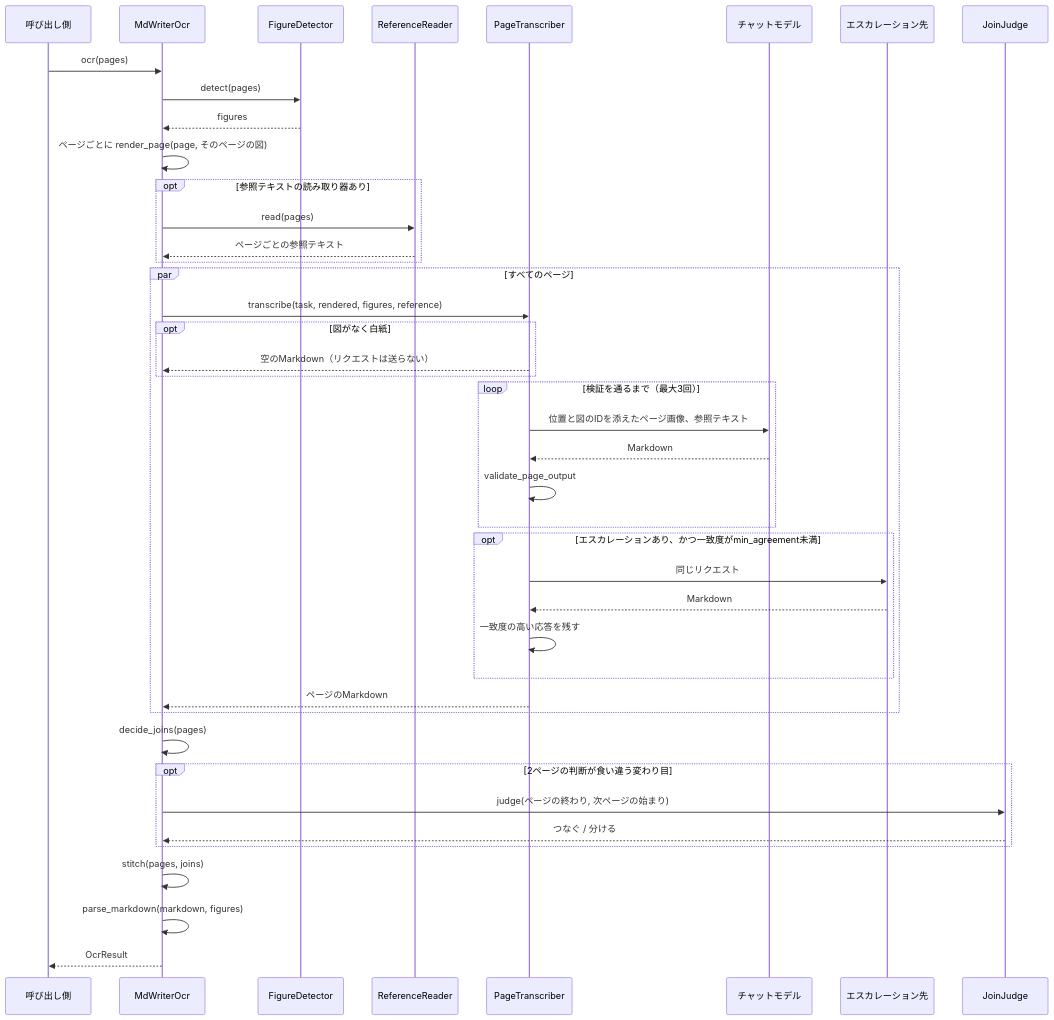
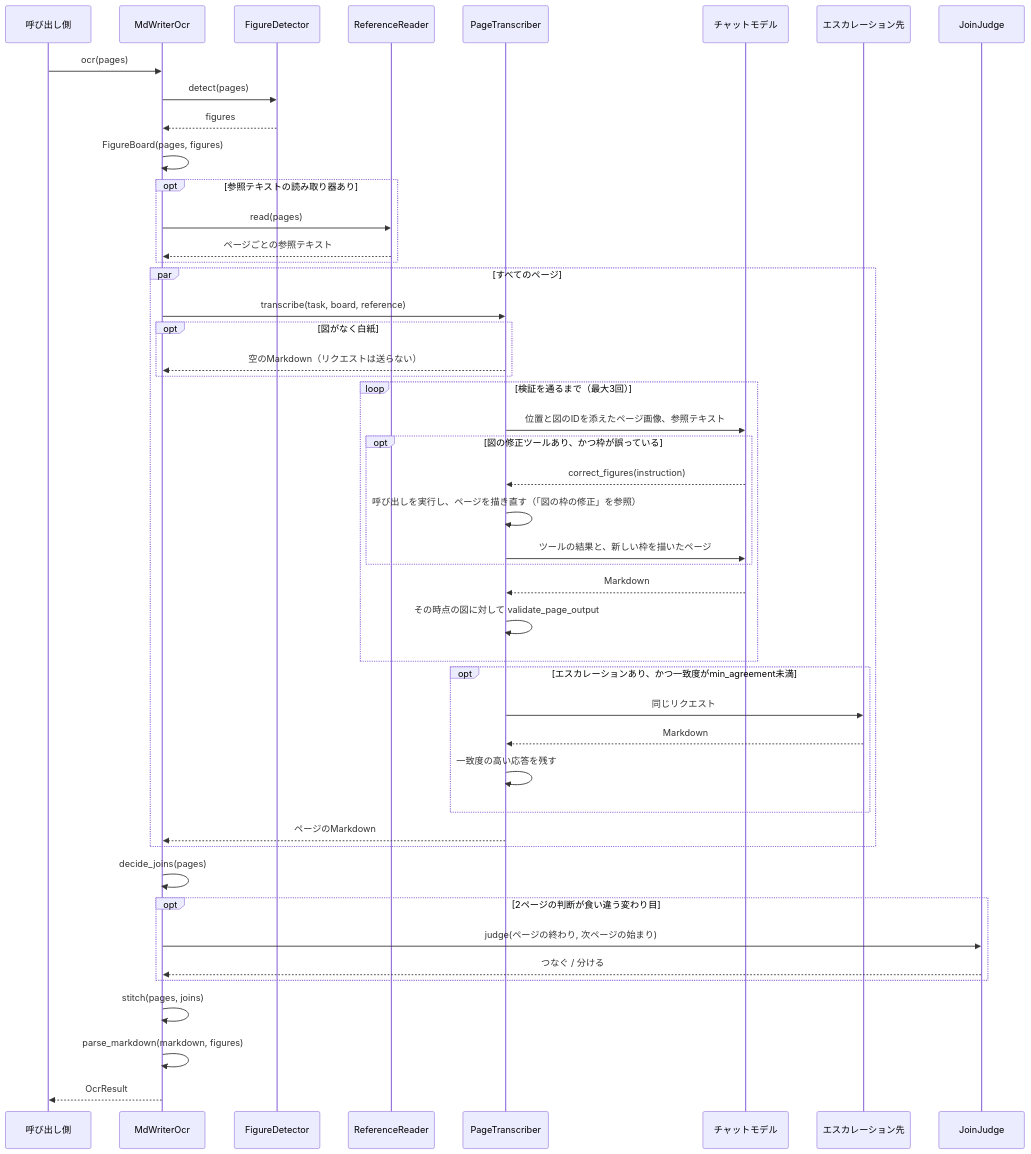
The fourth of 4 diagrams in Uploader/OcrModule/MdWriter/Docs/MdWriterOcr.ja.md (konbraphat51/SuperSuat), drawn with Mermaid before and after one commit. The commit also changed other lines of this file and 3 other files, not shown here.

Commit message:
docs: describe the figure correction and the FigureBoard, with class and sequence diagrams

````diff
--- a/Uploader/OcrModule/MdWriter/Docs/MdWriterOcr.ja.md
+++ b/Uploader/OcrModule/MdWriter/Docs/MdWriterOcr.ja.md
@@ -224,44 +315,49 @@
 ```mermaid
 sequenceDiagram
     participant Caller as 呼び出し側
     participant L as MdWriterOcr
     participant D as FigureDetector
     participant X as ReferenceReader
     participant T as PageTranscriber
     participant M as チャットモデル
     participant E as エスカレーション先
     participant J as JoinJudge
     Caller->>L: ocr(pages)
     L->>D: detect(pages)
     D-->>L: figures
-    L->>L: ページごとに render_page(page, そのページの図)
+    L->>L: FigureBoard(pages, figures)
     opt 参照テキストの読み取り器あり
         L->>X: read(pages)
         X-->>L: ページごとの参照テキスト
     end
     par すべてのページ
-        L->>T: transcribe(task, rendered, figures, reference)
+        L->>T: transcribe(task, board, reference)
         opt 図がなく白紙
             T-->>L: 空のMarkdown（リクエストは送らない）
         end
         loop 検証を通るまで（最大3回）
             T->>M: 位置と図のIDを添えたページ画像、参照テキスト
+            opt 図の修正ツールあり、かつ枠が誤っている
+                M-->>T: correct_figures(instruction)
+                T->>T: 呼び出しを実行し、ページを描き直す（「図の枠の修正」を参照）
+                T->>M: ツールの結果と、新しい枠を描いたページ
+            end
             M-->>T: Markdown
-            T->>T: validate_page_output
+            T->>T: その時点の図に対して validate_page_output
         end
         opt エスカレーションあり、かつ一致度がmin_agreement未満
             T->>E: 同じリクエスト
             E-->>T: Markdown
             T->>T: 一致度の高い応答を残す
         end
         T-->>L: ページのMarkdown
     end
     L->>L: decide_joins(pages)
     opt 2ページの判断が食い違う変わり目
         L->>J: judge(ページの終わり, 次ページの始まり)
         J-->>L: つなぐ / 分ける
     end
     L->>L: stitch(pages, joins)
     L->>L: parse_markdown(markdown, figures)
     L-->>Caller: OcrResult
 ```
````
